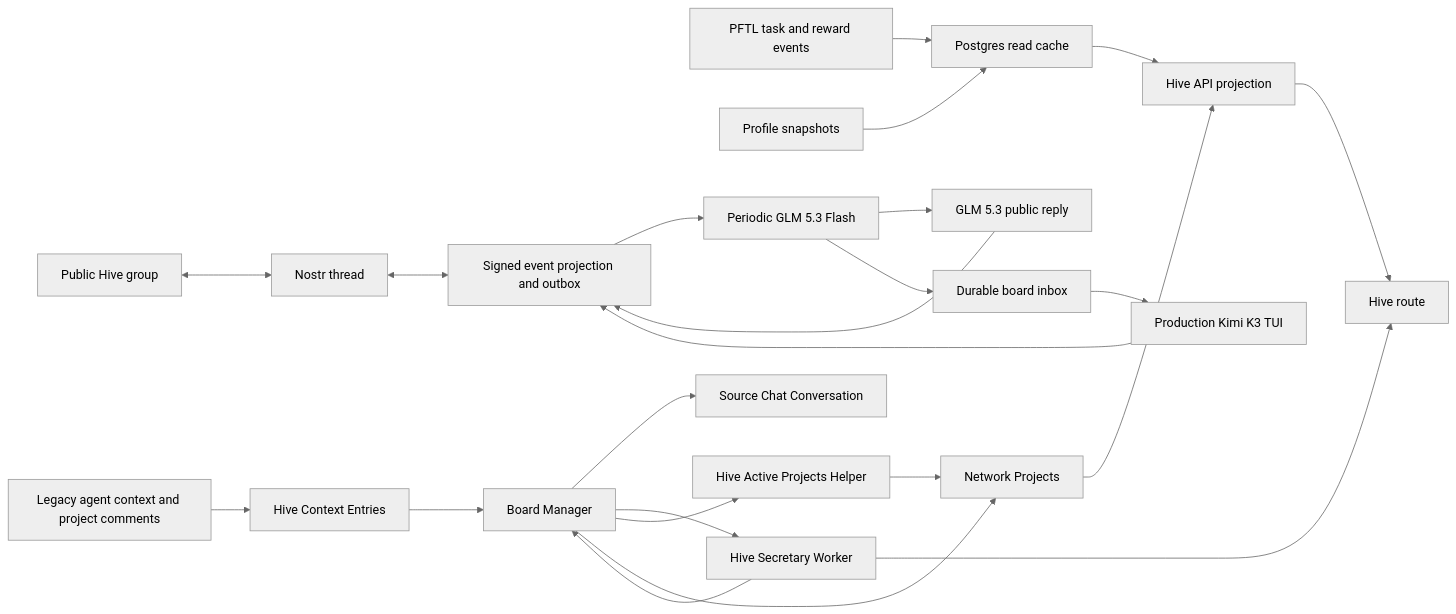
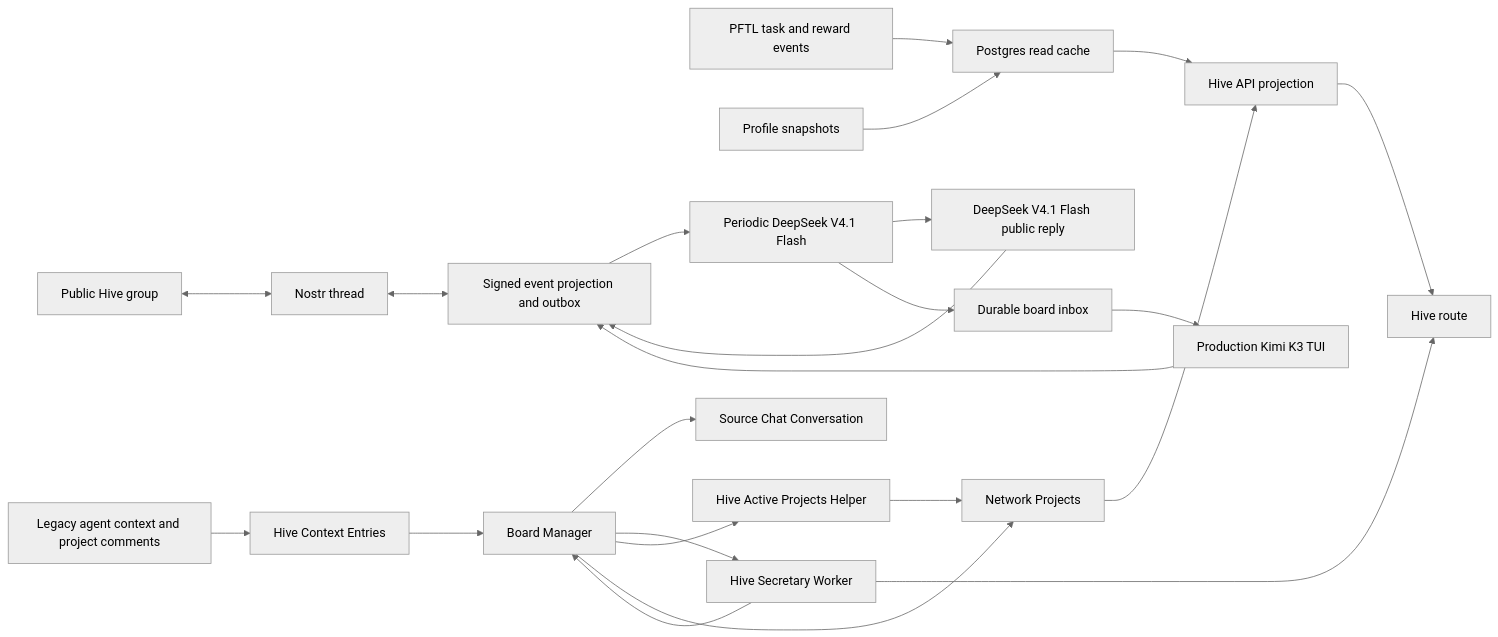
One commit to postfiatorg/tasknode changed the diagram in docs/wiki/surfaces/hive.md. Above: the diagram before and after it, drawn with Mermaid (neutral theme). The commit also changed other lines of this file and 61 other files, not shown here.

First line of the commit message:
Make DeepSeek V4.1 Flash the default model; deprecate GLM 5.3 (founder 2026-11-09) (#379)

````diff
--- a/docs/wiki/surfaces/hive.md
+++ b/docs/wiki/surfaces/hive.md
@@ -701,25 +701,25 @@
 ```mermaid
 flowchart LR
   PFTL[PFTL task and reward events] --> Cache[Postgres read cache]
   Profiles[Profile snapshots] --> Cache
   Cache --> HiveAPI[Hive API projection]
   HiveAPI --> HiveUI[Hive route]
   HiveInput[Legacy agent context and project comments] --> HiveContext[Hive Context Entries]
   Group[Public Hive group] <--> Relay[Nostr thread]
   Relay <--> Outbox[Signed event projection and outbox]
-  Outbox --> Flash[Periodic GLM 5.3 Flash]
-  Flash --> Reply[GLM 5.3 public reply]
+  Outbox --> Flash[Periodic DeepSeek V4.1 Flash]
+  Flash --> Reply[DeepSeek V4.1 Flash public reply]
   Reply --> Outbox
   Flash --> Inbox[Durable board inbox]
   Inbox --> Kimi[Production Kimi K3 TUI]
   Kimi --> Outbox
   HiveContext --> Manager[Board Manager]
   Manager --> Chat[Source Chat Conversation]
   Secretary[Hive Secretary Worker] --> Manager
   Manager --> Secretary
   Manager --> ProjectPlanner[Hive Active Projects Helper]
   ProjectPlanner --> Projects[Network Projects]
   Manager --> Projects
   Projects --> HiveAPI
   Secretary --> HiveUI
 ```
````
